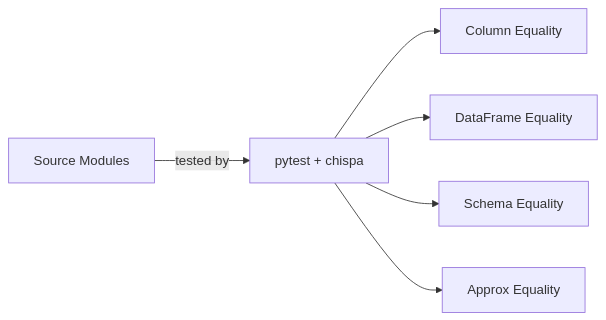
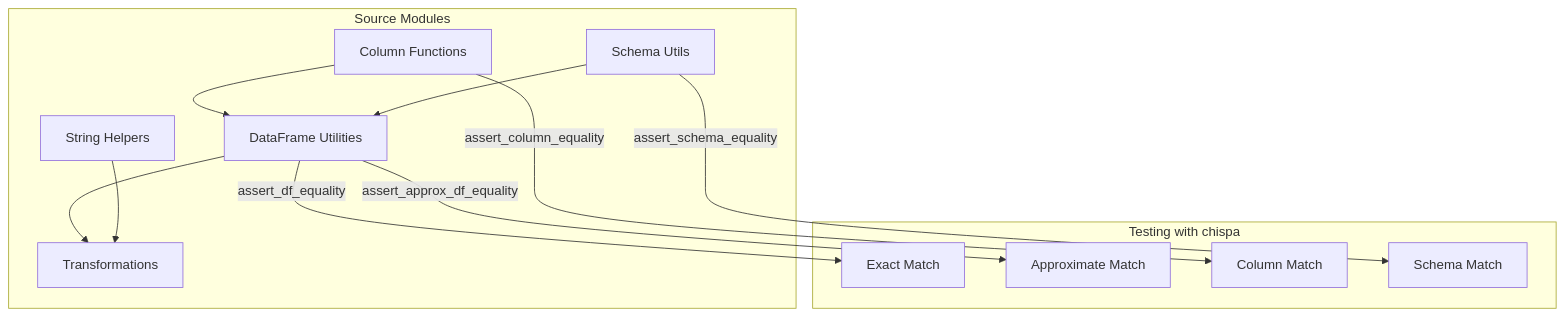
The diagram in spark-python/pyspark-test/pyspark-chispa/docs/index.md (mahfooziiitian/spark-batch), drawn with Mermaid before and after one commit. The commit also changed other lines of this file and 169 other files, not shown here.

````diff
--- a/spark-python/pyspark-test/pyspark-chispa/docs/index.md
+++ b/spark-python/pyspark-test/pyspark-chispa/docs/index.md
@@ -9,8 +7,15 @@
 ```mermaid
-graph LR
-    A[Source Modules] -->|tested by| B[pytest + chispa]
-    B --> C[Column Equality]
-    B --> D[DataFrame Equality]
-    B --> E[Schema Equality]
-    B --> F[Approx Equality]
+graph TB
+    subgraph "Source Modules"
+        A[Column Functions] --> B[DataFrame Utilities]
+        B --> C[Transformations]
+        D[Schema Utils] --> B
+        E[String Helpers] --> C
+    end
+    subgraph "Testing with chispa"
+        B -->|assert_df_equality| F[Exact Match]
+        B -->|assert_approx_df_equality| G[Approximate Match]
+        A -->|assert_column_equality| H[Column Match]
+        D -->|assert_schema_equality| I[Schema Match]
+    end
 ```
````
